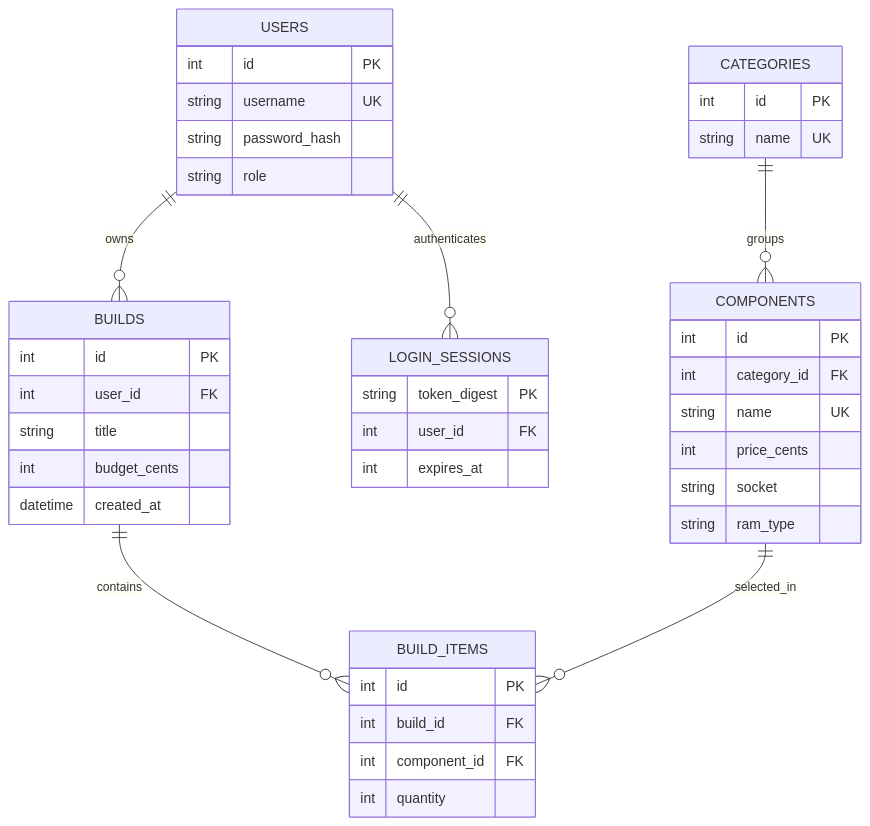
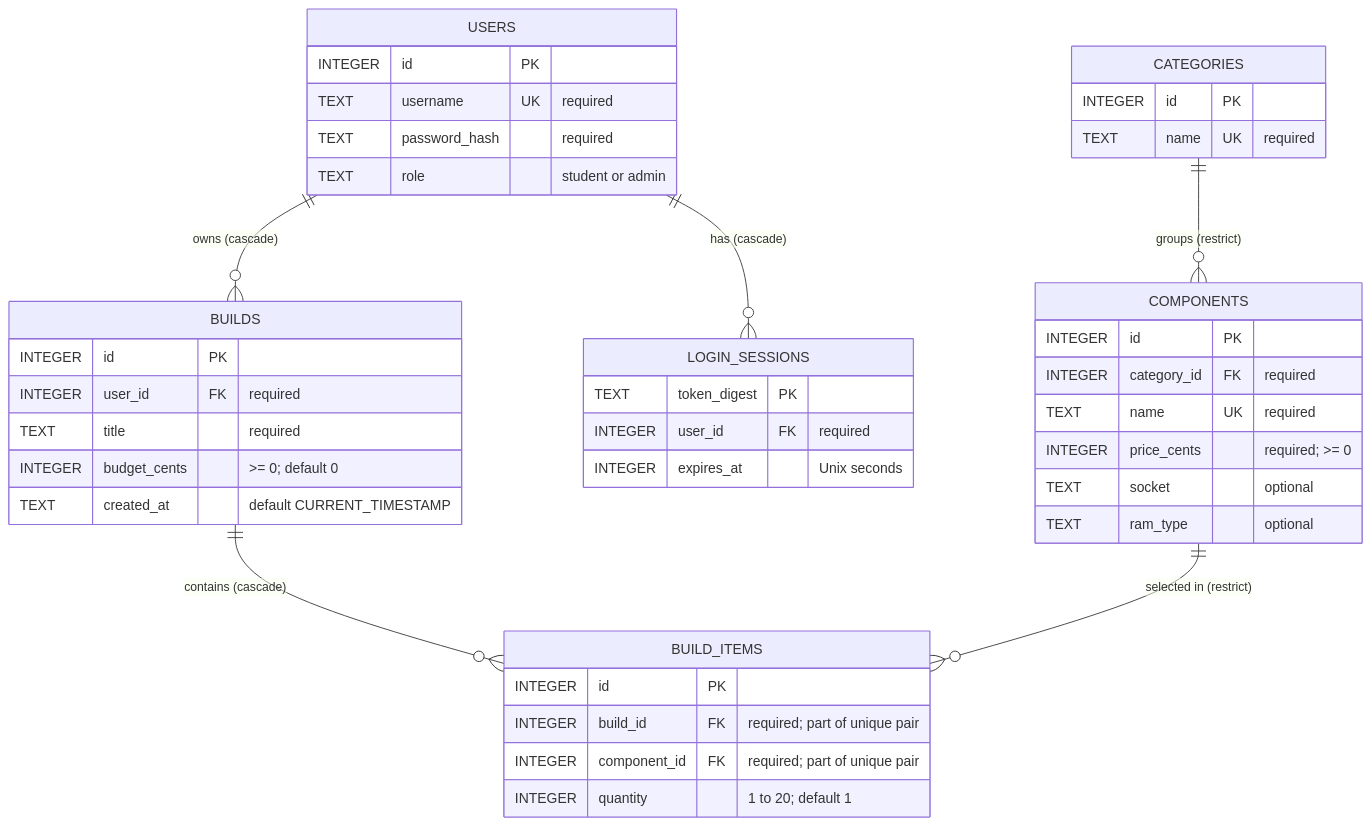
Before and after one commit to kharchenko-y/pc-build-planner-pw2: the diagram in docs/er_diagram.mmd, drawn with Mermaid. The commit also changed 21 other files, not shown here.

```diff
--- a/docs/er_diagram.mmd
+++ b/docs/er_diagram.mmd
@@ -1,43 +1,43 @@
 erDiagram
-    USERS ||--o{ BUILDS : owns
-    USERS ||--o{ LOGIN_SESSIONS : authenticates
-    CATEGORIES ||--o{ COMPONENTS : groups
-    BUILDS ||--o{ BUILD_ITEMS : contains
-    COMPONENTS ||--o{ BUILD_ITEMS : selected_in
+    USERS ||--o{ BUILDS : "owns (cascade)"
+    USERS ||--o{ LOGIN_SESSIONS : "has (cascade)"
+    CATEGORIES ||--o{ COMPONENTS : "groups (restrict)"
+    BUILDS ||--o{ BUILD_ITEMS : "contains (cascade)"
+    COMPONENTS ||--o{ BUILD_ITEMS : "selected in (restrict)"
 
     USERS {
-        int id PK
-        string username UK
-        string password_hash
-        string role
+        INTEGER id PK
+        TEXT username UK "required"
+        TEXT password_hash "required"
+        TEXT role "student or admin"
     }
     LOGIN_SESSIONS {
-        string token_digest PK
-        int user_id FK
-        int expires_at
+        TEXT token_digest PK
+        INTEGER user_id FK "required"
+        INTEGER expires_at "Unix seconds"
     }
     CATEGORIES {
-        int id PK
-        string name UK
+        INTEGER id PK
+        TEXT name UK "required"
     }
     COMPONENTS {
-        int id PK
-        int category_id FK
-        string name UK
-        int price_cents
-        string socket
-        string ram_type
+        INTEGER id PK
+        INTEGER category_id FK "required"
+        TEXT name UK "required"
+        INTEGER price_cents "required; >= 0"
+        TEXT socket "optional"
+        TEXT ram_type "optional"
     }
     BUILDS {
-        int id PK
-        int user_id FK
-        string title
-        int budget_cents
-        datetime created_at
+        INTEGER id PK
+        INTEGER user_id FK "required"
+        TEXT title "required"
+        INTEGER budget_cents ">= 0; default 0"
+        TEXT created_at "default CURRENT_TIMESTAMP"
     }
     BUILD_ITEMS {
-        int id PK
-        int build_id FK
-        int component_id FK
-        int quantity
+        INTEGER id PK
+        INTEGER build_id FK "required; part of unique pair"
+        INTEGER component_id FK "required; part of unique pair"
+        INTEGER quantity "1 to 20; default 1"
     }
```
